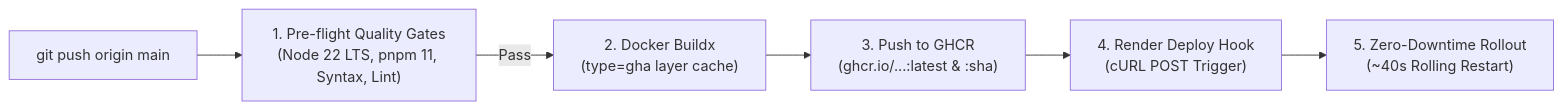
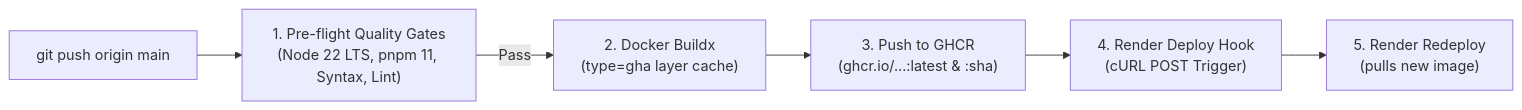
Before and after one commit to swagatgharat/Showcase_Kokuyo_Obsidian: the second of 2 diagrams in README.md, drawn with Mermaid. The commit also changed other lines of this file, not shown here.

````diff
--- a/README.md
+++ b/README.md
@@ -412,8 +419,8 @@
 ```mermaid
 flowchart LR
     A["git push origin main"] --> B["1. Pre-flight Quality Gates\n(Node 22 LTS, pnpm 11, Syntax, Lint)"]
     B -->|Pass| C["2. Docker Buildx\n(type=gha layer cache)"]
     C --> D["3. Push to GHCR\n(ghcr.io/...:latest & :sha)"]
     D --> E["4. Render Deploy Hook\n(cURL POST Trigger)"]
-    E --> F["5. Zero-Downtime Rollout\n(~40s Rolling Restart)"]
+    E --> F["5. Render Redeploy\n(pulls new image)"]
 ```
````
